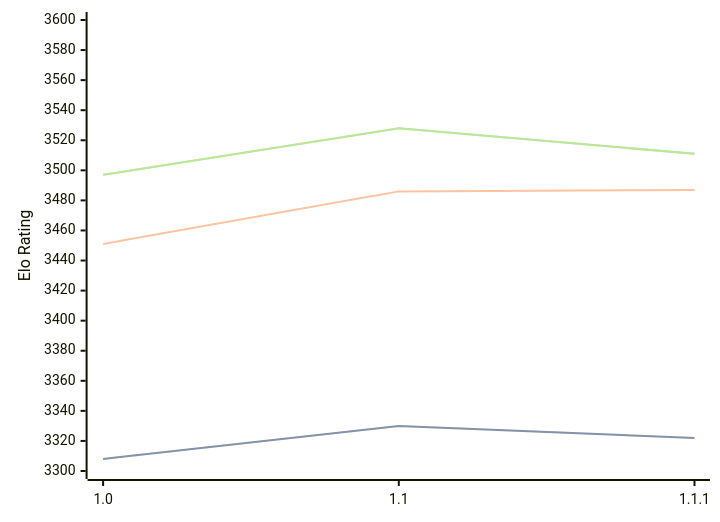
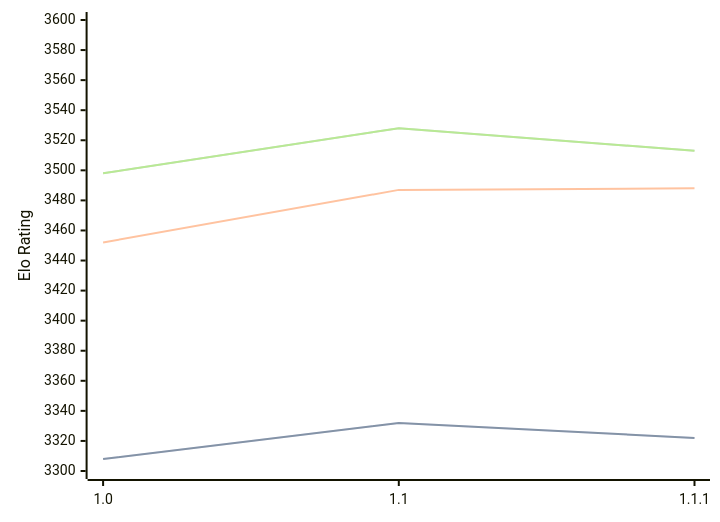
Before and after one commit to computer-chess-index/cci: the diagram in engines/Icarus.md, drawn with Mermaid. The commit also changed other lines of this file, not shown here.

Commit message:
Update CCI Ratings (ELO VLTC) - 2026-08-19

````diff
--- a/engines/Icarus.md
+++ b/engines/Icarus.md
@@ -33,11 +33,11 @@
 ```mermaid
 %%{init: {"theme":"base","themeVariables":{"seriesColors:['#a3a3a3','#222221','#faa371']}}}%%
 xychart-beta
   x-axis ["1.0", "1.1", "1.1.1"]
   y-axis "Elo Rating" 3300 --> 3600
-  line "STC (8.0+0.08s)" [3308, 3330, 3322]
-  line "STC (8.0+0.08s)" [3308, 3330, 3322]
-  line "LTC (60.0+0.60s)" [3451, 3486, 3487]
-  line "VLTC (2m24s+1.12s)" [3497, 3528, 3511]
-  line "VLTC (2m24s+1.12s)" [3497, 3528, 3511]
+  line "STC (8.0+0.08s)" [3308, 3332, 3322]
+  line "STC (8.0+0.08s)" [3308, 3332, 3322]
+  line "LTC (60.0+0.60s)" [3452, 3487, 3488]
+  line "VLTC (2m24s+1.12s)" [3498, 3528, 3513]
+  line "VLTC (2m24s+1.12s)" [3498, 3528, 3513]
 ```
````
